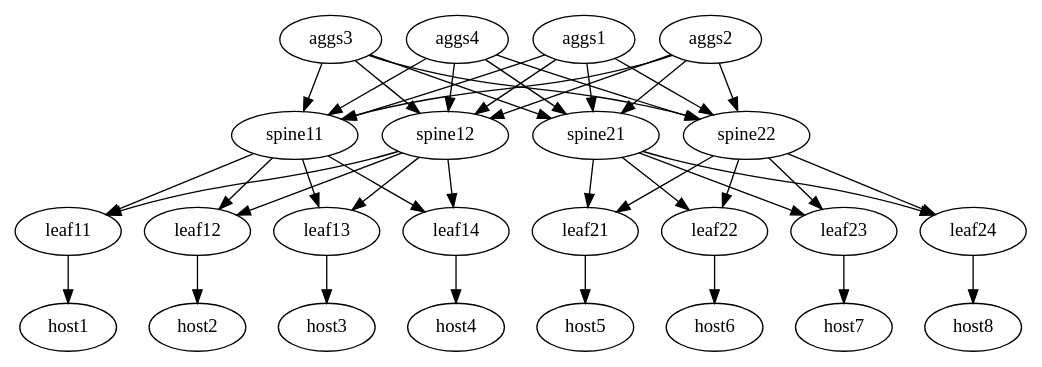
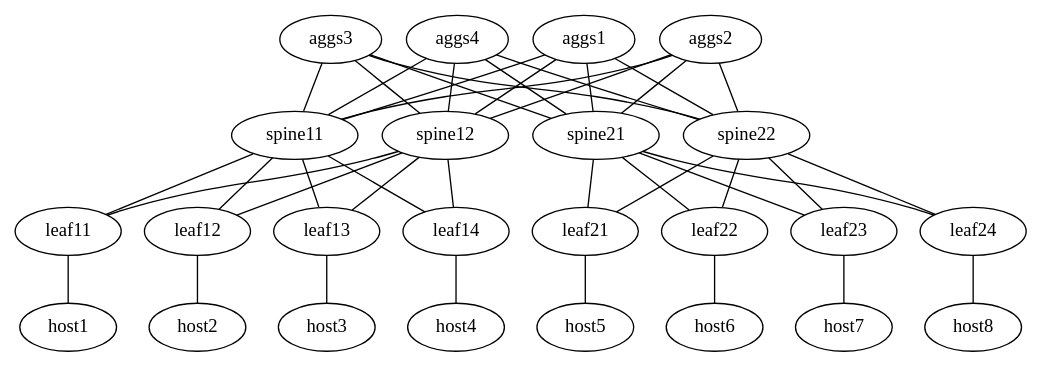
The diagram in topology/autogen.gv (akarneliuk/hs-dc), drawn with Graphviz before and after one commit. The commit also changed 2 other files, not shown here.

Commit message:
undirected graphs

```diff
--- a/topology/autogen.gv
+++ b/topology/autogen.gv
@@ -1,67 +1,67 @@
 // Data Centre
-digraph {
+graph {
 	aggs1 [dev_type="microsoft-sonic"]
 	aggs2 [dev_type="microsoft-sonic"]
 	aggs3 [dev_type="microsoft-sonic"]
 	aggs4 [dev_type="microsoft-sonic"]
 	spine11 [dev_type="microsoft-sonic" pod=A]
 	spine12 [dev_type="microsoft-sonic" pod=A]
 	spine21 [dev_type="microsoft-sonic" pod=B]
 	spine22 [dev_type="microsoft-sonic" pod=B]
 	leaf11 [dev_type="microsoft-sonic" pod=A]
 	leaf12 [dev_type="microsoft-sonic" pod=A]
 	leaf13 [dev_type="microsoft-sonic" pod=A]
 	leaf14 [dev_type="microsoft-sonic" pod=A]
 	leaf21 [dev_type="microsoft-sonic" pod=B]
 	leaf22 [dev_type="microsoft-sonic" pod=B]
 	leaf23 [dev_type="microsoft-sonic" pod=B]
 	leaf24 [dev_type="microsoft-sonic" pod=B]
 	host1 [dev_type=ubuntu pod=A]
 	host2 [dev_type=ubuntu pod=A]
 	host3 [dev_type=ubuntu pod=A]
 	host4 [dev_type=ubuntu pod=A]
 	host5 [dev_type=ubuntu pod=A]
 	host6 [dev_type=ubuntu pod=B]
 	host7 [dev_type=ubuntu pod=B]
 	host8 [dev_type=ubuntu pod=B]
-	leaf11 -> host1 [type=link_customer]
-	leaf12 -> host2 [type=link_customer]
-	leaf13 -> host3 [type=link_customer]
-	leaf14 -> host4 [type=link_customer]
-	leaf21 -> host5 [type=link_customer]
-	leaf22 -> host6 [type=link_customer]
-	leaf23 -> host7 [type=link_customer]
-	leaf24 -> host8 [type=link_customer]
-	spine11 -> leaf11 [type=link_dc]
-	spine11 -> leaf12 [type=link_dc]
-	spine11 -> leaf13 [type=link_dc]
-	spine11 -> leaf14 [type=link_dc]
-	spine12 -> leaf11 [type=link_dc]
-	spine12 -> leaf12 [type=link_dc]
-	spine12 -> leaf13 [type=link_dc]
-	spine12 -> leaf14 [type=link_dc]
-	spine21 -> leaf21 [type=link_dc]
-	spine21 -> leaf22 [type=link_dc]
-	spine21 -> leaf23 [type=link_dc]
-	spine21 -> leaf24 [type=link_dc]
-	spine22 -> leaf21 [type=link_dc]
-	spine22 -> leaf22 [type=link_dc]
-	spine22 -> leaf23 [type=link_dc]
-	spine22 -> leaf24 [type=link_dc]
-	aggs1 -> spine11 [type=link_dc]
-	aggs1 -> spine12 [type=link_dc]
-	aggs1 -> spine21 [type=link_dc]
-	aggs1 -> spine22 [type=link_dc]
-	aggs2 -> spine11 [type=link_dc]
-	aggs2 -> spine12 [type=link_dc]
-	aggs2 -> spine21 [type=link_dc]
-	aggs2 -> spine22 [type=link_dc]
-	aggs3 -> spine11 [type=link_dc]
-	aggs3 -> spine12 [type=link_dc]
-	aggs3 -> spine21 [type=link_dc]
-	aggs3 -> spine22 [type=link_dc]
-	aggs4 -> spine11 [type=link_dc]
-	aggs4 -> spine12 [type=link_dc]
-	aggs4 -> spine21 [type=link_dc]
-	aggs4 -> spine22 [type=link_dc]
+	leaf11 -- host1 [type=link_customer]
+	leaf12 -- host2 [type=link_customer]
+	leaf13 -- host3 [type=link_customer]
+	leaf14 -- host4 [type=link_customer]
+	leaf21 -- host5 [type=link_customer]
+	leaf22 -- host6 [type=link_customer]
+	leaf23 -- host7 [type=link_customer]
+	leaf24 -- host8 [type=link_customer]
+	spine11 -- leaf11 [type=link_dc]
+	spine11 -- leaf12 [type=link_dc]
+	spine11 -- leaf13 [type=link_dc]
+	spine11 -- leaf14 [type=link_dc]
+	spine12 -- leaf11 [type=link_dc]
+	spine12 -- leaf12 [type=link_dc]
+	spine12 -- leaf13 [type=link_dc]
+	spine12 -- leaf14 [type=link_dc]
+	spine21 -- leaf21 [type=link_dc]
+	spine21 -- leaf22 [type=link_dc]
+	spine21 -- leaf23 [type=link_dc]
+	spine21 -- leaf24 [type=link_dc]
+	spine22 -- leaf21 [type=link_dc]
+	spine22 -- leaf22 [type=link_dc]
+	spine22 -- leaf23 [type=link_dc]
+	spine22 -- leaf24 [type=link_dc]
+	aggs1 -- spine11 [type=link_dc]
+	aggs1 -- spine12 [type=link_dc]
+	aggs1 -- spine21 [type=link_dc]
+	aggs1 -- spine22 [type=link_dc]
+	aggs2 -- spine11 [type=link_dc]
+	aggs2 -- spine12 [type=link_dc]
+	aggs2 -- spine21 [type=link_dc]
+	aggs2 -- spine22 [type=link_dc]
+	aggs3 -- spine11 [type=link_dc]
+	aggs3 -- spine12 [type=link_dc]
+	aggs3 -- spine21 [type=link_dc]
+	aggs3 -- spine22 [type=link_dc]
+	aggs4 -- spine11 [type=link_dc]
+	aggs4 -- spine12 [type=link_dc]
+	aggs4 -- spine21 [type=link_dc]
+	aggs4 -- spine22 [type=link_dc]
 }
```
